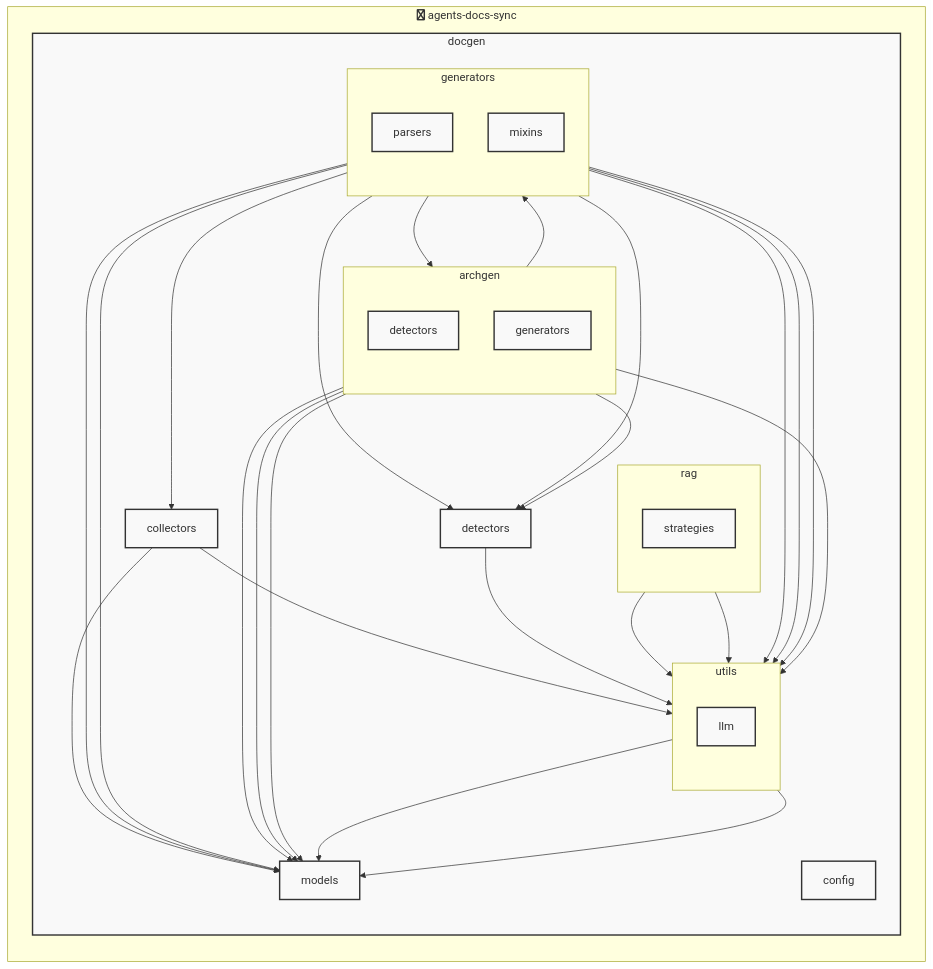
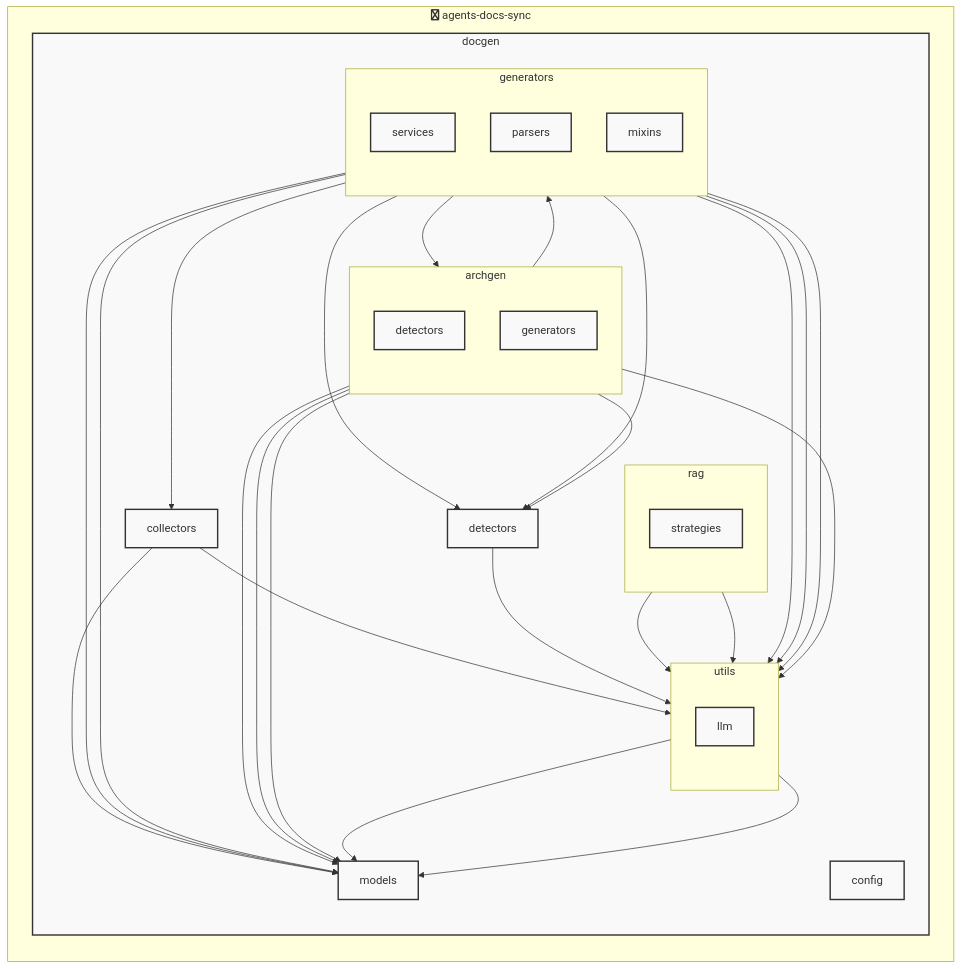
Before and after one commit to shiohamu/agents-docs-sync: the diagram in docs/architecture/architecture.mmd, drawn with Mermaid. The commit also changed 19 other files, not shown here.

```diff
--- a/docs/architecture/architecture.mmd
+++ b/docs/architecture/architecture.mmd
@@ -1,64 +1,65 @@
 graph TB
     %% Auto-generated architecture diagram
 
     subgraph agents_docs_sync [fa:fa-python agents-docs-sync]
         direction TB
         subgraph docgen [docgen]
             direction TB
             docgen_collectors["collectors"]:::moduleStyle
             subgraph docgen_utils [utils]
                 direction TB
                 docgen_utils_llm["llm"]:::moduleStyle
             end
             class docgen_utils moduleStyle
             docgen_models["models"]:::moduleStyle
             subgraph docgen_archgen [archgen]
                 direction TB
                 docgen_archgen_detectors["detectors"]:::moduleStyle
                 docgen_archgen_generators["generators"]:::moduleStyle
             end
             class docgen_archgen moduleStyle
             docgen_detectors["detectors"]:::moduleStyle
             subgraph docgen_generators [generators]
                 direction TB
+                docgen_generators_services["services"]:::moduleStyle
                 docgen_generators_parsers["parsers"]:::moduleStyle
                 docgen_generators_mixins["mixins"]:::moduleStyle
             end
             class docgen_generators moduleStyle
             subgraph docgen_rag [rag]
                 direction TB
                 docgen_rag_strategies["strategies"]:::moduleStyle
             end
             class docgen_rag moduleStyle
             docgen_config["config"]:::moduleStyle
         end
         class docgen moduleStyle
     end
 
     docgen_collectors --> docgen_models
     docgen_collectors --> docgen_utils
     docgen_utils --> docgen_models
     docgen_utils_llm --> docgen_models
     docgen_archgen --> docgen_detectors
     docgen_archgen --> docgen_generators
     docgen_archgen --> docgen_models
     docgen_archgen --> docgen_utils
     docgen_archgen_detectors --> docgen_models
     docgen_archgen_generators --> docgen_models
     docgen_detectors --> docgen_utils
     docgen_generators --> docgen_archgen
     docgen_generators --> docgen_collectors
     docgen_generators --> docgen_detectors
     docgen_generators --> docgen_models
     docgen_generators --> docgen_utils
     docgen_generators_parsers --> docgen_detectors
     docgen_generators_parsers --> docgen_models
     docgen_generators_parsers --> docgen_utils
     docgen_generators_mixins --> docgen_utils
     docgen_rag --> docgen_utils
     docgen_rag_strategies --> docgen_utils
 
     classDef pythonStyle fill:#3776ab,stroke:#ffd43b,stroke-width:2px,color:#fff
     classDef dockerStyle fill:#2496ed,stroke:#1d63ed,stroke-width:2px,color:#fff
     classDef dbStyle fill:#336791,stroke:#6b9cd6,stroke-width:2px,color:#fff
     classDef moduleStyle fill:#f9f9f9,stroke:#333,stroke-width:2px
```
